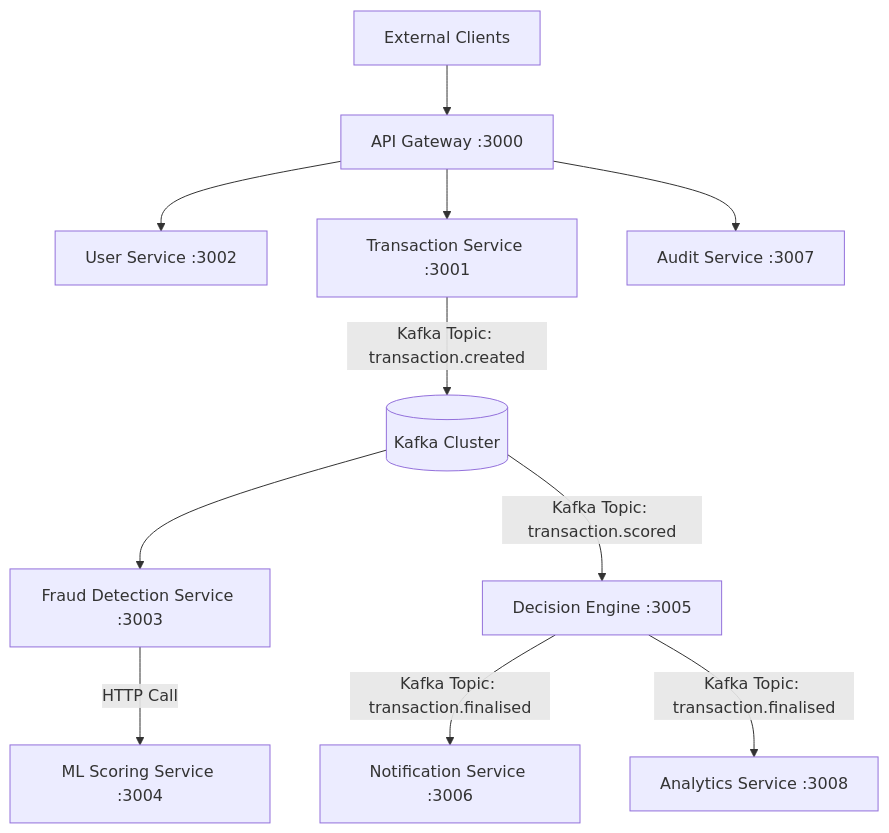
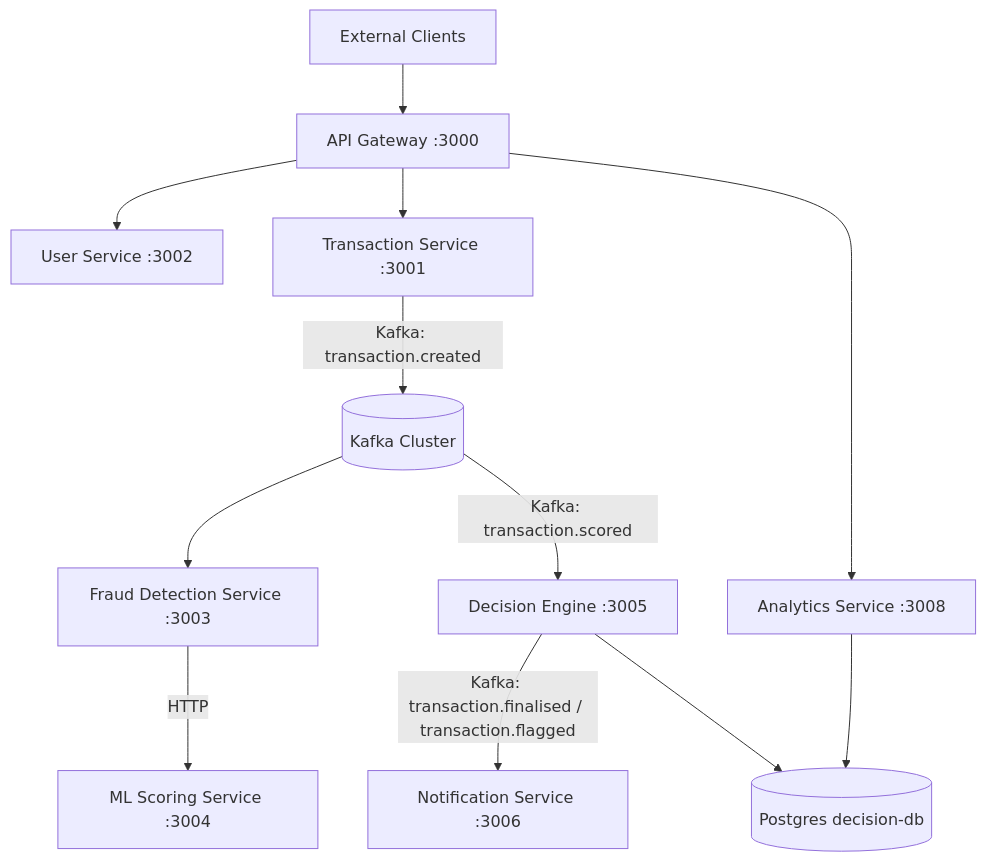
Before and after one commit to Naren3333/fraud-detection-system: the diagram in README.md, drawn with Mermaid. The commit also changed other lines of this file and 2 other files, not shown here.

Commit message:
MDs updated for analytics service

````diff
--- a/README.md
+++ b/README.md
@@ -7,32 +7,18 @@
 ```mermaid
 flowchart TD
+    Client[External Clients] --> Gateway[API Gateway :3000]
 
-    %% External Layer
-    Client[External Clients]
-    Gateway[API Gateway :3000]
+    Gateway --> User[User Service :3002]
+    Gateway --> Transaction[Transaction Service :3001]
+    Gateway --> Analytics[Analytics Service :3008]
 
-    Client --> Gateway
+    Transaction -- "Kafka: transaction.created" --> Kafka[(Kafka Cluster)]
+    Kafka --> Fraud[Fraud Detection Service :3003]
+    Fraud -- "HTTP" --> ML[ML Scoring Service :3004]
 
-    %% Auth flow
-    Gateway --> User[User Service :3002]
-    
-    %% First Split
-    Gateway --> Transaction[Transaction Service :3001]
-    Gateway --> Audit[Audit Service :3007]
+    Kafka -- "Kafka: transaction.scored" --> Decision[Decision Engine :3005]
+    Decision -- "Kafka: transaction.finalised / transaction.flagged" --> Notification[Notification Service :3006]
 
-    %% Transaction to Kafka
-    Transaction -- "Kafka Topic: transaction.created" --> Kafka[(Kafka Cluster)]
-
-    %% Kafka to Fraud Detection
-    Kafka --> Fraud[Fraud Detection Service :3003]
-
-    %% Fraud to ML (HTTP)
-    Fraud -- "HTTP Call" --> ML[ML Scoring Service :3004]
-
-    %% Kafka to Decision Engine
-    Kafka -- "Kafka Topic: transaction.scored" --> Decision[Decision Engine :3005]
-
-    %% Decision to Notification + Analytics
-    Decision -- "Kafka Topic: transaction.finalised" --> Notification[Notification Service :3006]
-    Decision -- "Kafka Topic: transaction.finalised" --> Analytics[Analytics Service :3008]
+    Decision --> DecisionDB[(Postgres decision-db)]
+    Analytics --> DecisionDB
 ```
````
